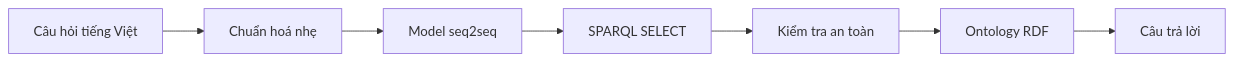
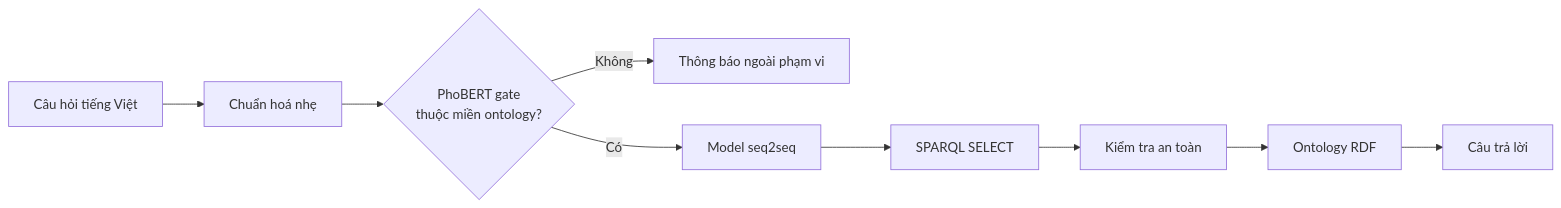
One commit to vpthinh19/ontology-chatbot changed the diagram in README.md. Above: the diagram before and after it, drawn with Mermaid. The commit also changed other lines of this file and 6 other files, not shown here.

````diff
--- a/README.md
+++ b/README.md
@@ -6,9 +6,11 @@
 ```mermaid
 flowchart LR
     Q["Câu hỏi tiếng Việt"] --> N["Chuẩn hoá nhẹ"]
-    N --> M["Model seq2seq"]
+    N --> G{"PhoBERT gate<br/>thuộc miền ontology?"}
+    G -- "Không" --> X["Thông báo ngoài phạm vi"]
+    G -- "Có" --> M["Model seq2seq"]
     M --> S["SPARQL SELECT"]
     S --> V["Kiểm tra an toàn"]
     V --> O["Ontology RDF"]
     O --> A["Câu trả lời"]
 ```
````
